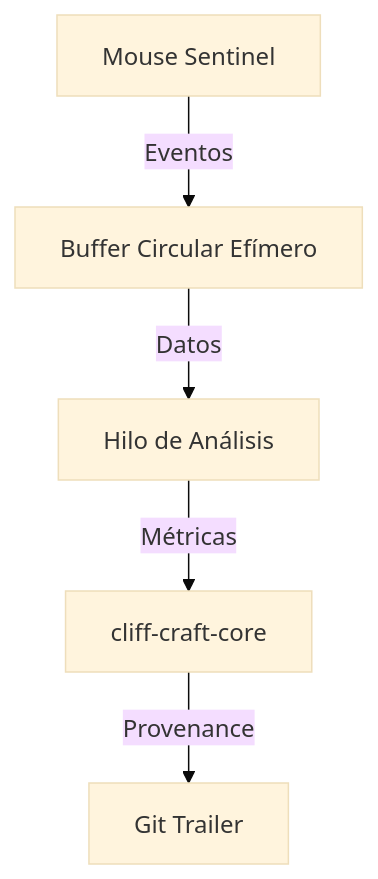
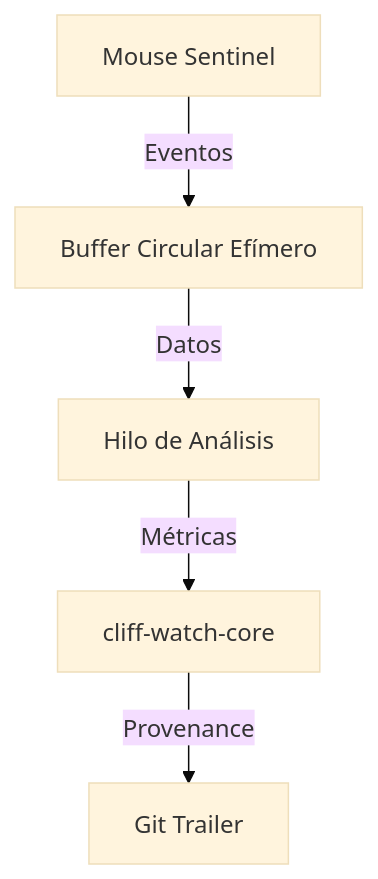
The diagram in docs/phase2/diseno_mouse_sentinel.md (iodevs-net/git-gov), drawn with Mermaid (base theme) before and after one commit. The commit also changed other lines of this file and 96 other files, not shown here.

Commit message:
refactor: consolidación final de la marca Cliff-Watch 🐈👁️🛡️

````diff
--- a/docs/phase2/diseno_mouse_sentinel.md
+++ b/docs/phase2/diseno_mouse_sentinel.md
@@ -20,7 +20,7 @@
 ```mermaid
 graph TD
     A[Mouse Sentinel] -->|Eventos| B[Buffer Circular Efímero]
     B -->|Datos| C[Hilo de Análisis]
-    C -->|Métricas| D[cliff-craft-core]
+    C -->|Métricas| D[cliff-watch-core]
     D -->|Provenance| E[Git Trailer]
 ```
````
